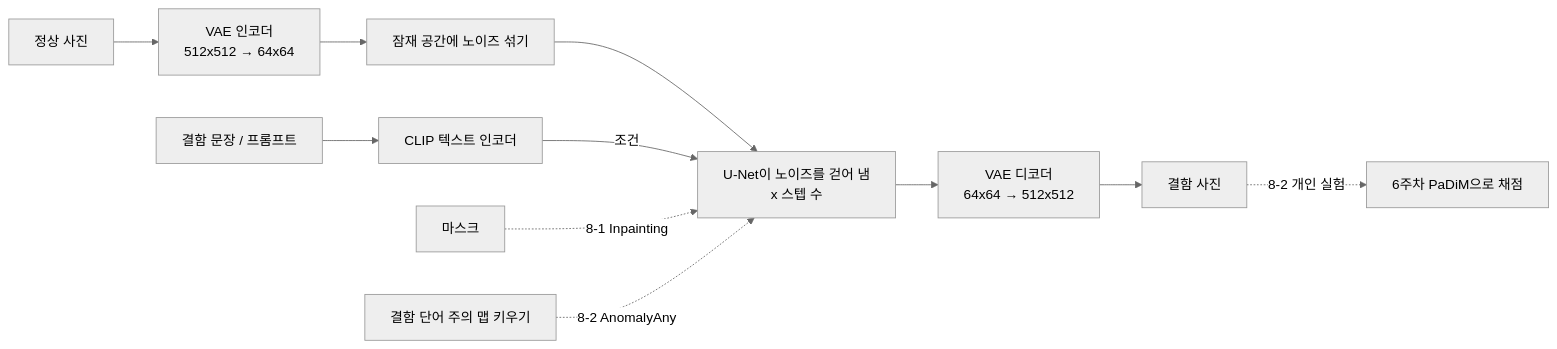
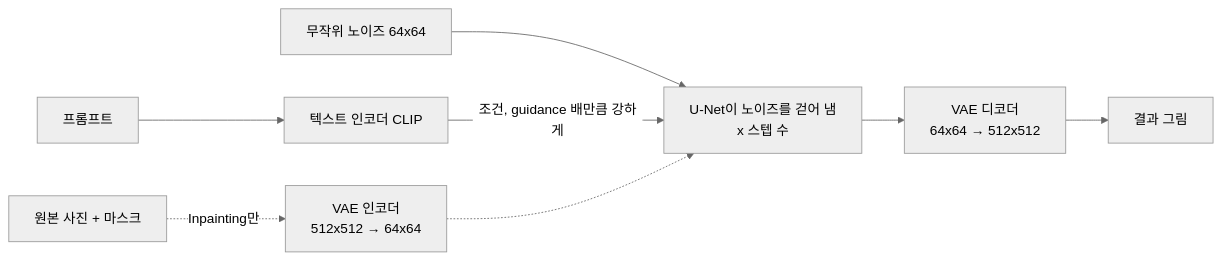
One commit to hwang-ye-song/MODU_CV changed the first of 2 diagrams in 08_생성AI_결함데이터생성/README.md. Above: the diagram before and after it, drawn with Mermaid (neutral theme). The commit also changed other lines of this file, not shown here.

````diff
--- a/08_생성AI_결함데이터생성/README.md
+++ b/08_생성AI_결함데이터생성/README.md
@@ -14,13 +23,10 @@
 ```mermaid
 flowchart LR
-    P[결함 문장 / 프롬프트] --> C[CLIP 텍스트 인코더]
-    N[정상 사진] --> E[VAE 인코더<br/>512x512 → 64x64]
-    E --> Z[잠재 공간에 노이즈 섞기]
-    Z --> U[U-Net이 노이즈를 걷어 냄<br/>x 스텝 수]
-    C -->|조건| U
-    M[마스크] -.8-1 Inpainting.-> U
-    A[결함 단어 주의 맵 키우기] -.8-2 AnomalyAny.-> U
+    P[프롬프트] --> T[텍스트 인코더 CLIP]
+    N[무작위 노이즈 64x64] --> U[U-Net이 노이즈를 걷어 냄<br/>x 스텝 수]
+    T -->|조건, guidance 배만큼 강하게| U
+    I[원본 사진 + 마스크] -.Inpainting만.-> E[VAE 인코더<br/>512x512 → 64x64]
+    E -.-> U
     U --> D[VAE 디코더<br/>64x64 → 512x512]
-    D --> R[결함 사진]
-    R -.8-2 개인 실험.-> PD[6주차 PaDiM으로 채점]
+    D --> R[결과 그림]
 ```
````
